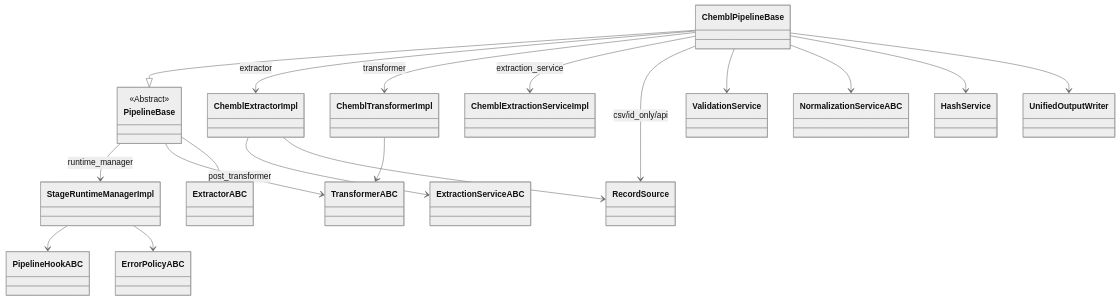
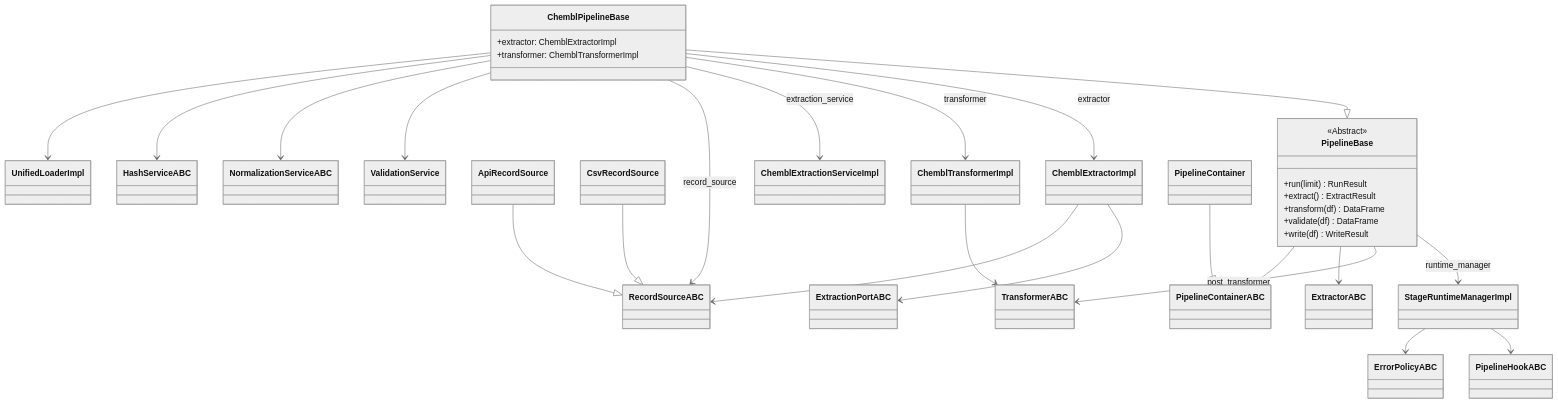
One commit to SatoryKono/BioactivityDataAcquisition changed the diagram in docs/architecture/diagrams/class/11-pipeline-classes.mmd. Above: the diagram before and after it, drawn with Mermaid (neutral theme). The commit also changed 3 other files, not shown here.

```diff
--- a/docs/architecture/diagrams/class/11-pipeline-classes.mmd
+++ b/docs/architecture/diagrams/class/11-pipeline-classes.mmd
@@ -1,42 +1,58 @@
 ---
 id: 15d7b6ea-8c7c-4b0e-9d3a-0b6e3d6e9f11
 ---
 %%{init: {"class": {"domainPrimary": {"fill": "#f5f5f5", "stroke": "#444", "strokeWidth": 1.5, "color": "#111", "fontSize": "22px"}, "domainSecondary": {"fill": "#e3e7ec", "stroke": "#555", "strokeWidth": 1.2, "color": "#111", "fontSize": "18px"}, "interface": {"fill": "#dde7f2", "stroke": "#44546a", "strokeWidth": 1.5, "color": "#111", "fontSize": "22px"}}}}%%
 classDiagram-v2
 
 class PipelineBase {
   <<Abstract>>
+  +run(limit) RunResult
+  +extract() ExtractResult
+  +transform(df) DataFrame
+  +validate(df) DataFrame
+  +write(df) WriteResult
 }
-class ChemblPipelineBase
+class ChemblPipelineBase {
+  +extractor: ChemblExtractorImpl
+  +transformer: ChemblTransformerImpl
+}
 class ChemblExtractorImpl
 class ChemblTransformerImpl
 class ChemblExtractionServiceImpl
 class StageRuntimeManagerImpl
-class RecordSource
+class RecordSourceABC
+class ApiRecordSource
+class CsvRecordSource
 class ValidationService
 class NormalizationServiceABC
-class HashService
-class UnifiedOutputWriter
+class HashServiceABC
+class UnifiedLoaderImpl
 class PipelineHookABC
 class ErrorPolicyABC
 class ExtractorABC
 class TransformerABC
-class ExtractionServiceABC
+class ExtractionPortABC
+class PipelineContainerABC
+class PipelineContainer
 
 ChemblPipelineBase --|> PipelineBase
 ChemblPipelineBase --> ChemblExtractorImpl : extractor
 ChemblPipelineBase --> ChemblTransformerImpl : transformer
 ChemblPipelineBase --> ChemblExtractionServiceImpl : extraction_service
-ChemblPipelineBase --> RecordSource : csv/id_only/api
+ChemblPipelineBase --> RecordSourceABC : record_source
 ChemblPipelineBase --> ValidationService
 ChemblPipelineBase --> NormalizationServiceABC
-ChemblPipelineBase --> HashService
-ChemblPipelineBase --> UnifiedOutputWriter
+ChemblPipelineBase --> HashServiceABC
+ChemblPipelineBase --> UnifiedLoaderImpl
 PipelineBase --> StageRuntimeManagerImpl : runtime_manager
 PipelineBase --> TransformerABC : post_transformer
 PipelineBase --> ExtractorABC
-ChemblExtractorImpl --> ExtractionServiceABC
-ChemblExtractorImpl --> RecordSource
+PipelineBase --> PipelineContainerABC
+PipelineContainer --|> PipelineContainerABC
+ChemblExtractorImpl --> ExtractionPortABC
+ChemblExtractorImpl --> RecordSourceABC
+ApiRecordSource --|> RecordSourceABC
+CsvRecordSource --|> RecordSourceABC
 ChemblTransformerImpl --> TransformerABC
 StageRuntimeManagerImpl --> PipelineHookABC
 StageRuntimeManagerImpl --> ErrorPolicyABC
```
